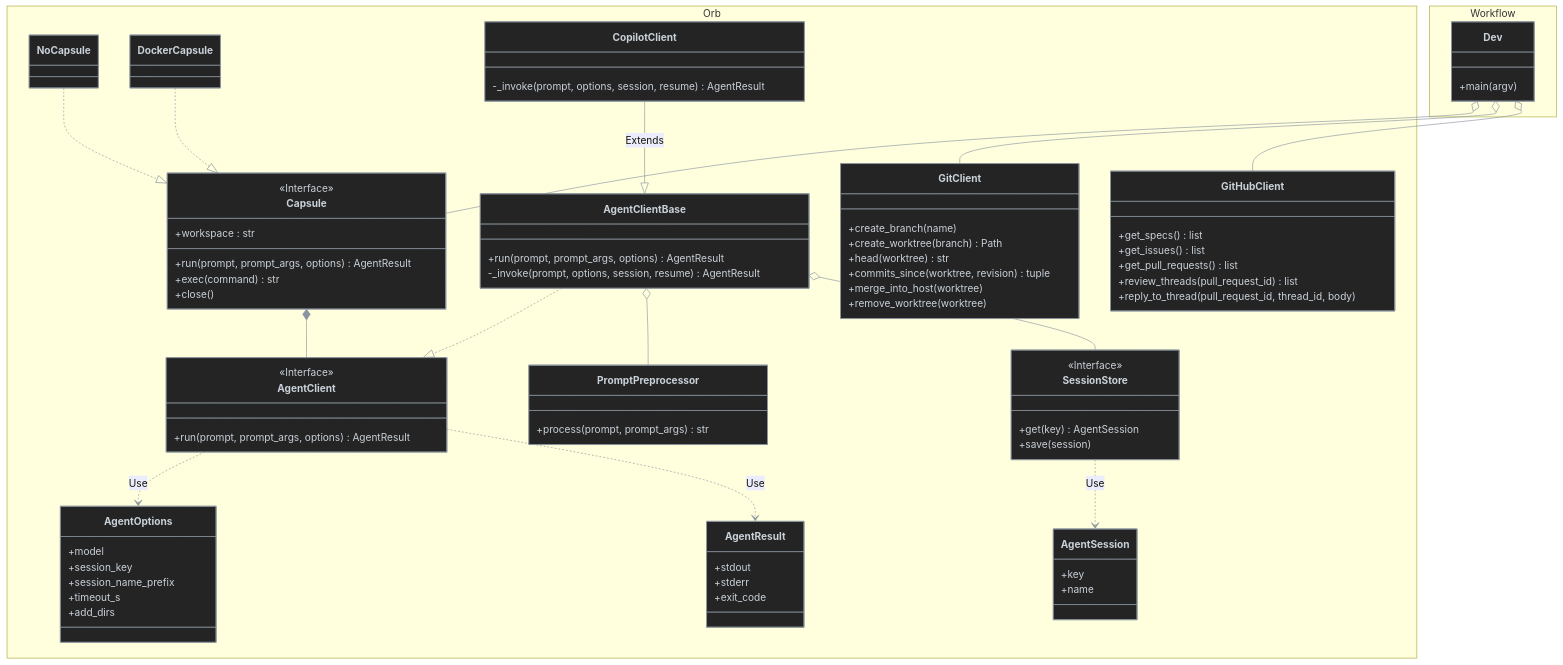
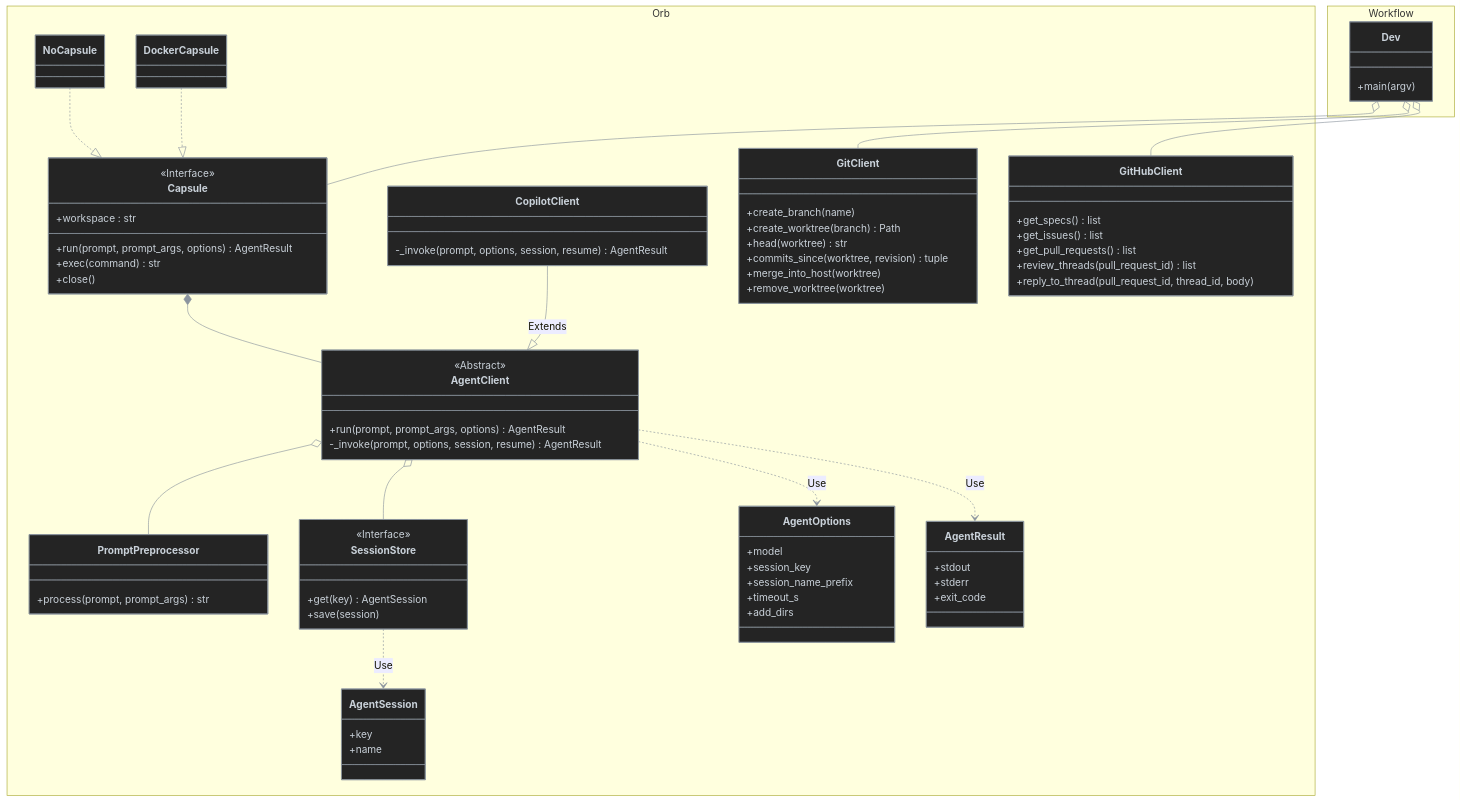
One commit to antshc/loop changed the diagram in docs/prototypes/prot2/README.md. Above: the diagram before and after it, drawn with Mermaid. The commit also changed 14 other files, not shown here.

Commit message:
Refactor agent client structure and remove unused components

```diff
--- a/docs/prototypes/prot2/README.md
+++ b/docs/prototypes/prot2/README.md
@@ -24,10 +24,7 @@
         class NoCapsule
         class DockerCapsule
         class AgentClient {
-            <<Interface>>
-            +run(prompt, prompt_args, options) AgentResult
-        }
-        class AgentClientBase {
+            <<Abstract>>
             +run(prompt, prompt_args, options) AgentResult
             -_invoke(prompt, options, session, resume) AgentResult
         }
@@ -83,10 +80,9 @@
     NoCapsule ..|> Capsule
     DockerCapsule ..|> Capsule
     Capsule *-- AgentClient
-    AgentClientBase ..|> AgentClient
-    CopilotClient --|> AgentClientBase : Extends
-    AgentClientBase o-- PromptPreprocessor
-    AgentClientBase o-- SessionStore
+    CopilotClient --|> AgentClient : Extends
+    AgentClient o-- PromptPreprocessor
+    AgentClient o-- SessionStore
     SessionStore ..> AgentSession : Use
     AgentClient ..> AgentOptions : Use
     AgentClient ..> AgentResult : Use
```
